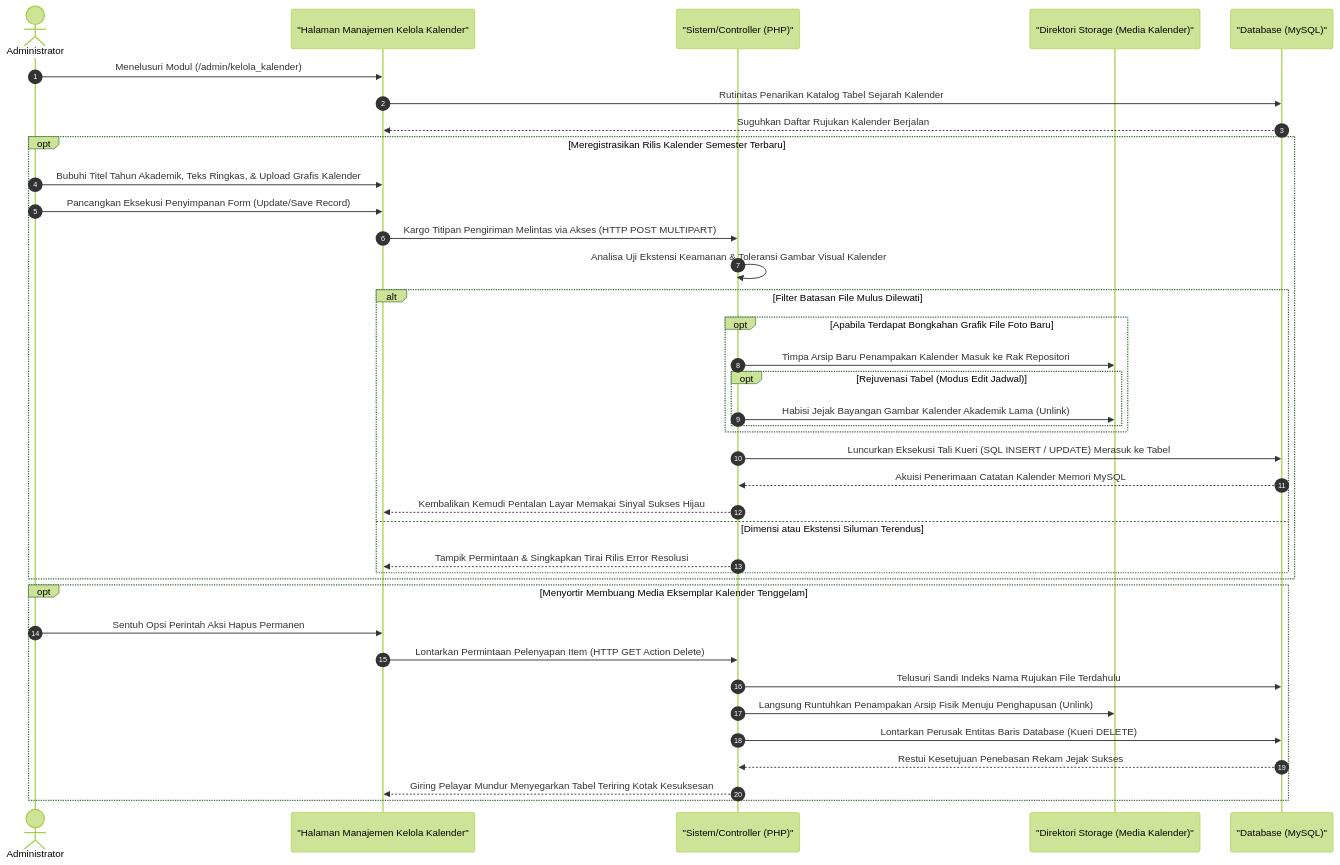
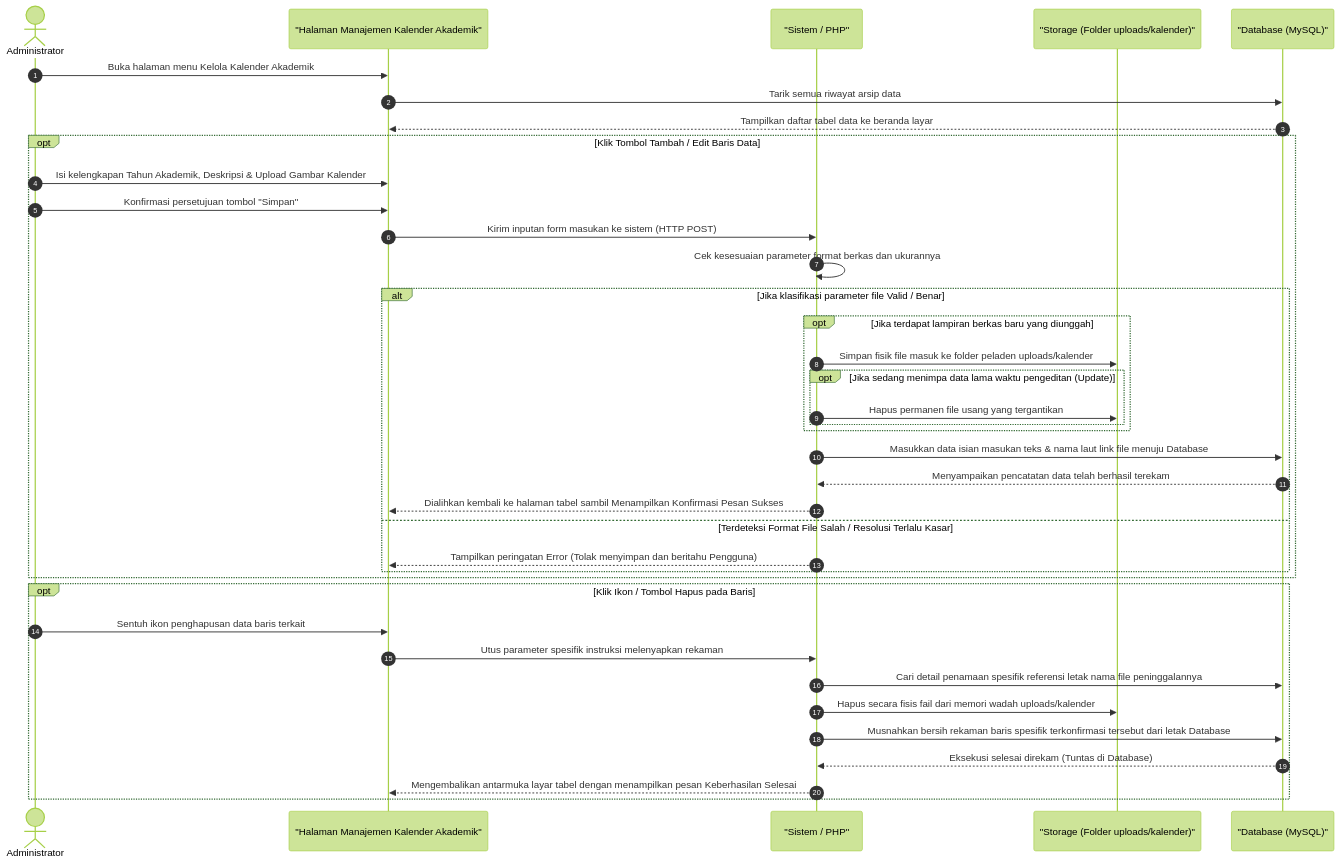
Before and after one commit to arbain-dev/Web_fikom: the diagram in docs/sequence_diagram_admin_kalender.md, drawn with Mermaid (forest theme). The commit also changed other lines of this file and 17 other files, not shown here.

Commit message:
docs: menyederhanakan bahasa seluruh sequence diagram admin backend

````diff
--- a/docs/sequence_diagram_admin_kalender.md
+++ b/docs/sequence_diagram_admin_kalender.md
@@ -15,48 +29,48 @@
 ```mermaid
 sequenceDiagram
     autonumber
     actor Admin as Administrator
-    participant View as "Halaman Manajemen Kelola Kalender"
-    participant System as "Sistem/Controller (PHP)"
-    participant Server as "Direktori Storage (Media Kalender)"
+    participant View as "Halaman Manajemen Kalender Akademik"
+    participant System as "Sistem / PHP"
+    participant Server as "Storage (Folder uploads/kalender)"
     participant DB as "Database (MySQL)"
 
-    Admin->>View: Menelusuri Modul (/admin/kelola_kalender)
-    View->>DB: Rutinitas Penarikan Katalog Tabel Sejarah Kalender
-    DB-->>View: Suguhkan Daftar Rujukan Kalender Berjalan
-    
-    %% Proses Tambah / Edit Kalender
-    opt Meregistrasikan Rilis Kalender Semester Terbaru
-        Admin->>View: Bubuhi Titel Tahun Akademik, Teks Ringkas, & Upload Grafis Kalender
-        Admin->>View: Pancangkan Eksekusi Penyimpanan Form (Update/Save Record)
-        View->>System: Kargo Titipan Pengiriman Melintas via Akses (HTTP POST MULTIPART)
+    Admin->>View: Buka halaman menu Kelola Kalender Akademik
+    View->>DB: Tarik semua riwayat arsip data
+    DB-->>View: Tampilkan daftar tabel data ke beranda layar
 
-        System->>System: Analisa Uji Ekstensi Keamanan & Toleransi Gambar Visual Kalender
+    %% Proses Tambah / Edit
+    opt Klik Tombol Tambah / Edit Baris Data
+        Admin->>View: Isi kelengkapan Tahun Akademik, Deskripsi & Upload Gambar Kalender
+        Admin->>View: Konfirmasi persetujuan tombol "Simpan"
+        View->>System: Kirim inputan form masukan ke sistem (HTTP POST)
+
+        System->>System: Cek kesesuaian parameter format berkas dan ukurannya
         
-        alt Filter Batasan File Mulus Dilewati
-            opt Apabila Terdapat Bongkahan Grafik File Foto Baru
-                System->>Server: Timpa Arsip Baru Penampakan Kalender Masuk ke Rak Repositori 
-                opt Rejuvenasi Tabel (Modus Edit Jadwal)
-                    System->>Server: Habisi Jejak Bayangan Gambar Kalender Akademik Lama (Unlink)
+        alt Jika klasifikasi parameter file Valid / Benar
+            opt Jika terdapat lampiran berkas baru yang diunggah
+                System->>Server: Simpan fisik file masuk ke folder peladen uploads/kalender
+                opt Jika sedang menimpa data lama waktu pengeditan (Update)
+                    System->>Server: Hapus permanen file usang yang tergantikan
                 end
             end
             
-            System->>DB: Luncurkan Eksekusi Tali Kueri (SQL INSERT / UPDATE) Merasuk ke Tabel
-            DB-->>System: Akuisi Penerimaan Catatan Kalender Memori MySQL
-            System-->>View: Kembalikan Kemudi Pentalan Layar Memakai Sinyal Sukses Hijau 
-        else Dimensi atau Ekstensi Siluman Terendus
-            System-->>View: Tampik Permintaan & Singkapkan Tirai Rilis Error Resolusi
+            System->>DB: Masukkan data isian masukan teks & nama laut link file menuju Database
+            DB-->>System: Menyampaikan pencatatan data telah berhasil terekam
+            System-->>View: Dialihkan kembali ke halaman tabel sambil Menampilkan Konfirmasi Pesan Sukses
+        else Terdeteksi Format File Salah / Resolusi Terlalu Kasar
+            System-->>View: Tampilkan peringatan Error (Tolak menyimpan dan beritahu Pengguna)
         end
     end
 
-    %% Proses Hapus Kalender Terlewat
-    opt Menyortir Membuang Media Eksemplar Kalender Tenggelam
-        Admin->>View: Sentuh Opsi Perintah Aksi Hapus Permanen
-        View->>System: Lontarkan Permintaan Pelenyapan Item (HTTP GET Action Delete)
-        System->>DB: Telusuri Sandi Indeks Nama Rujukan File Terdahulu
-        System->>Server: Langsung Runtuhkan Penampakan Arsip Fisik Menuju Penghapusan (Unlink)
-        System->>DB: Lontarkan Perusak Entitas Baris Database (Kueri DELETE)
-        DB-->>System: Restui Kesetujuan Penebasan Rekam Jejak Sukses
-        System-->>View: Giring Pelayar Mundur Menyegarkan Tabel Teriring Kotak Kesuksesan
+    %% Proses Hapus
+    opt Klik Ikon / Tombol Hapus pada Baris
+        Admin->>View: Sentuh ikon penghapusan data baris terkait
+        View->>System: Utus parameter spesifik instruksi melenyapkan rekaman
+        System->>DB: Cari detail penamaan spesifik referensi letak nama file peninggalannya
+        System->>Server: Hapus secara fisis fail dari memori wadah uploads/kalender
+        System->>DB: Musnahkan bersih rekaman baris spesifik terkonfirmasi tersebut dari letak Database
+        DB-->>System: Eksekusi selesai direkam (Tuntas di Database)
+        System-->>View: Mengembalikan antarmuka layar tabel dengan menampilkan pesan Keberhasilan Selesai
     end
 ```
````
